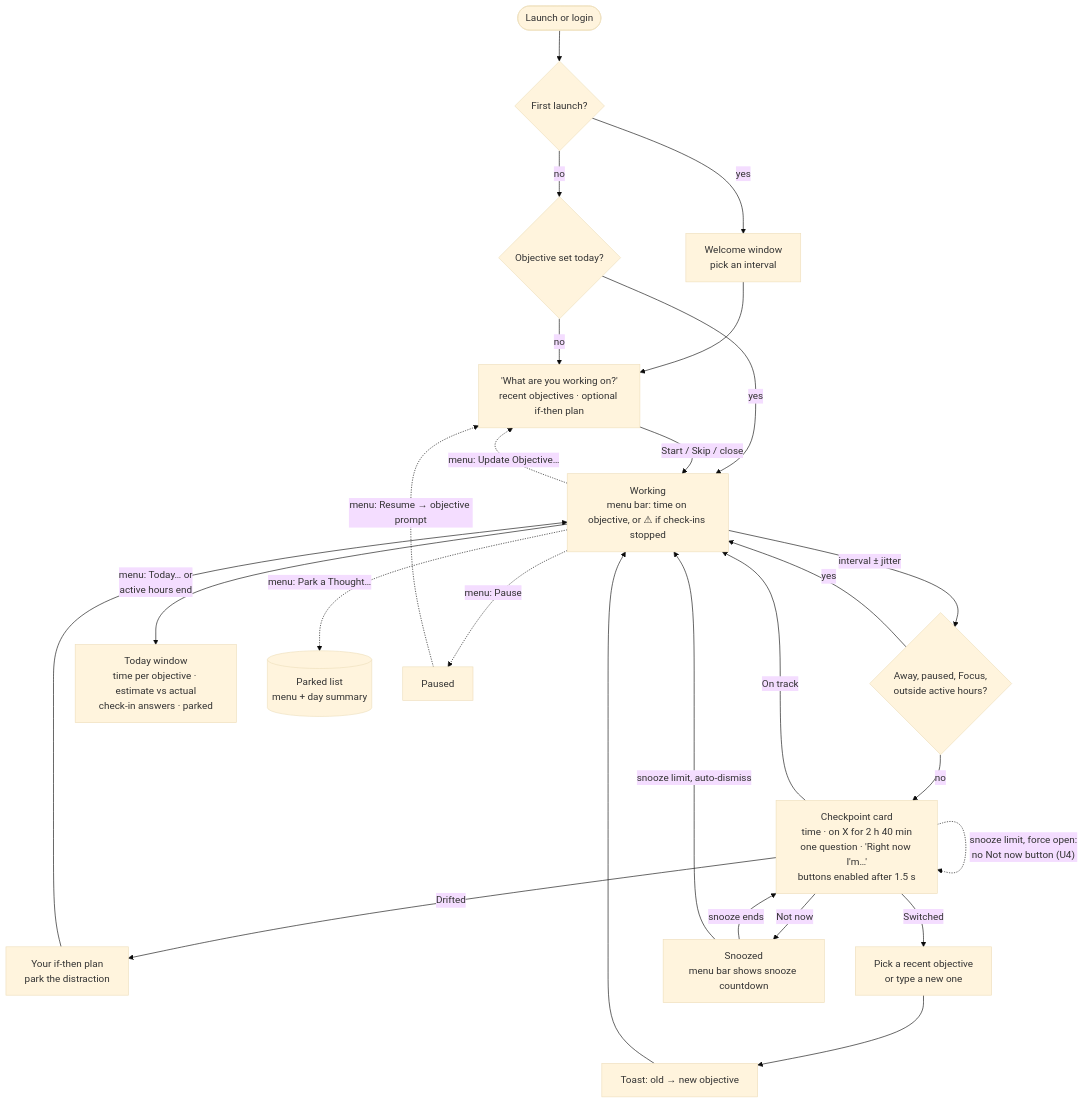
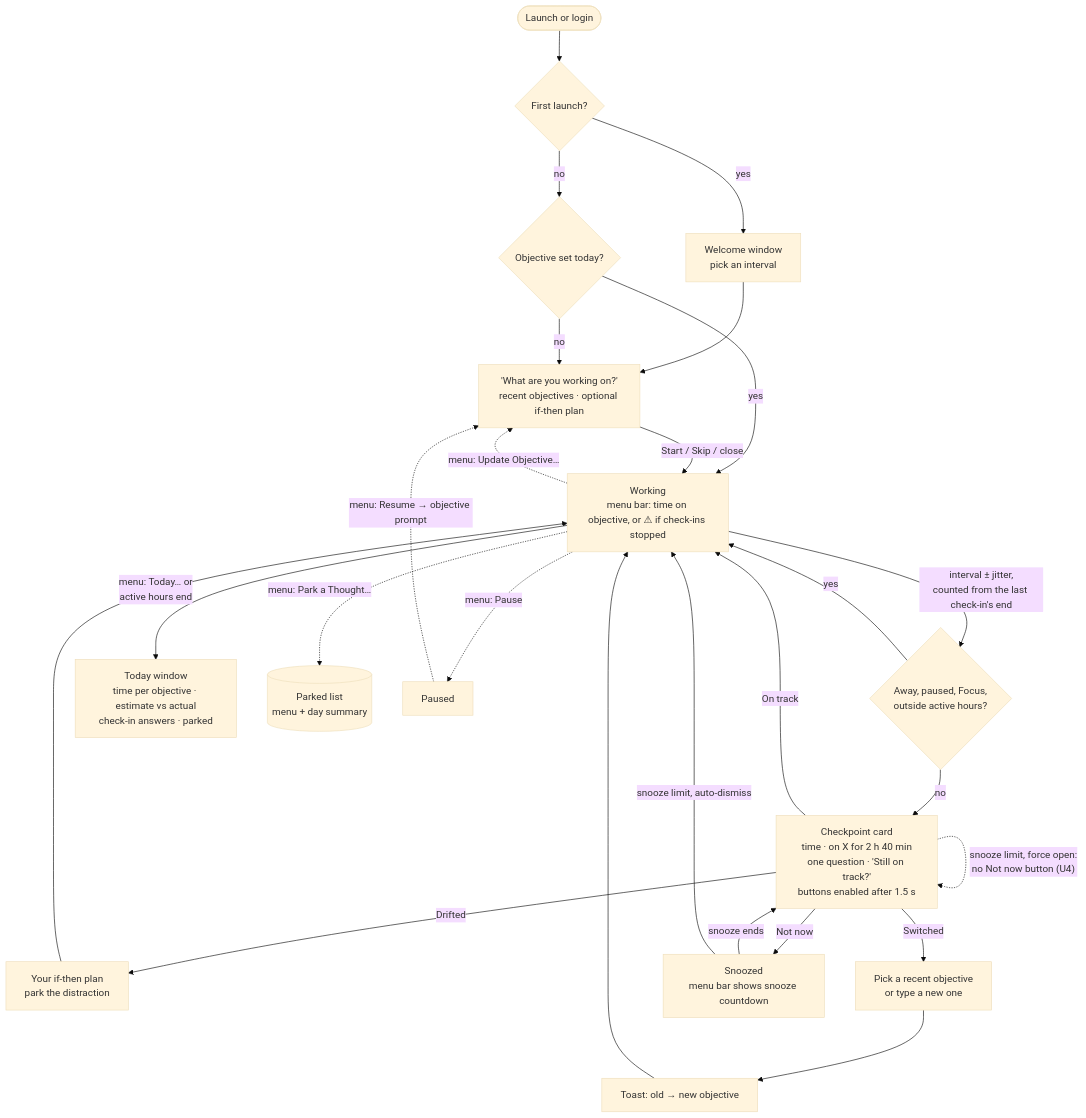
Before and after one commit to rkrevolution/Checkpoint: the first of 4 diagrams in docs/ux-flow.md, drawn with Mermaid (base theme). The commit also changed other lines of this file and 7 other files, not shown here.

````diff
--- a/docs/ux-flow.md
+++ b/docs/ux-flow.md
@@ -7,30 +7,30 @@
 ```mermaid
 flowchart TD
     Launch([Launch or login]) --> First{First launch?}
     First -- yes --> Welcome["Welcome window<br/>pick an interval"]
     Welcome --> Objective
     First -- no --> Today{"Objective set today?"}
     Today -- yes --> Work
     Today -- no --> Objective["'What are you working on?'<br/>recent objectives · optional if-then plan"]
     Objective -- "Start / Skip / close" --> Work
 
-    Work["Working<br/>menu bar: time on objective, or ⚠ if check-ins stopped"] -->|"interval ± jitter"| Gates{"Away, paused, Focus,<br/>outside active hours?"}
+    Work["Working<br/>menu bar: time on objective, or ⚠ if check-ins stopped"] -->|"interval ± jitter,<br/>counted from the last check-in's end"| Gates{"Away, paused, Focus,<br/>outside active hours?"}
     Gates -- yes --> Work
     Gates -- no --> Card
 
-    Card["Checkpoint card<br/>time · on X for 2 h 40 min<br/>one question · 'Right now I'm…'<br/>buttons enabled after 1.5 s"]
+    Card["Checkpoint card<br/>time · on X for 2 h 40 min<br/>one question · 'Still on track?'<br/>buttons enabled after 1.5 s"]
     Card -- "On track" --> Work
     Card -- "Drifted" --> Drift["Your if-then plan<br/>park the distraction"] --> Work
     Card -- "Switched" --> Switch["Pick a recent objective<br/>or type a new one"] --> Toast["Toast: old → new objective"] --> Work
     Card -- "Not now" --> Snoozed["Snoozed<br/>menu bar shows snooze countdown"]
     Snoozed -->|"snooze ends"| Card
     Snoozed -->|"snooze limit, auto-dismiss"| Work
     Card -.->|"snooze limit, force open:<br/>no Not now button (U4)"| Card
 
     Work -->|"menu: Today… or<br/>active hours end"| Summary["Today window<br/>time per objective · estimate vs actual<br/>check-in answers · parked"]
 
     Work -.->|"menu: Update Objective…"| Objective
     Work -.->|"menu: Park a Thought…"| Parked[("Parked list<br/>menu + day summary")]
     Work -.->|"menu: Pause"| Paused["Paused"]
     Paused -.->|"menu: Resume → objective prompt"| Objective
 ```
````
